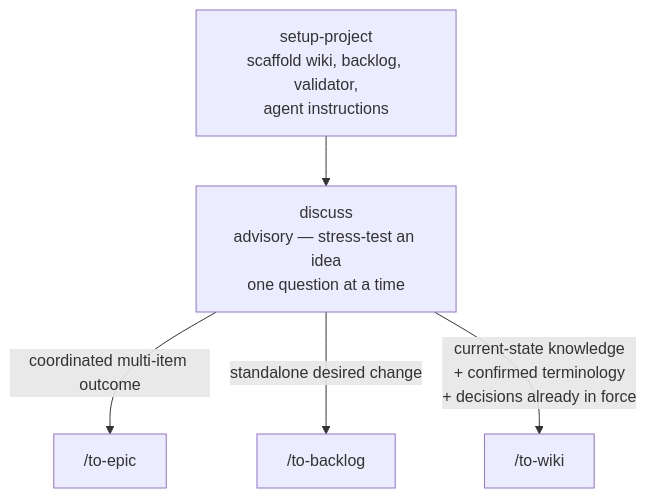
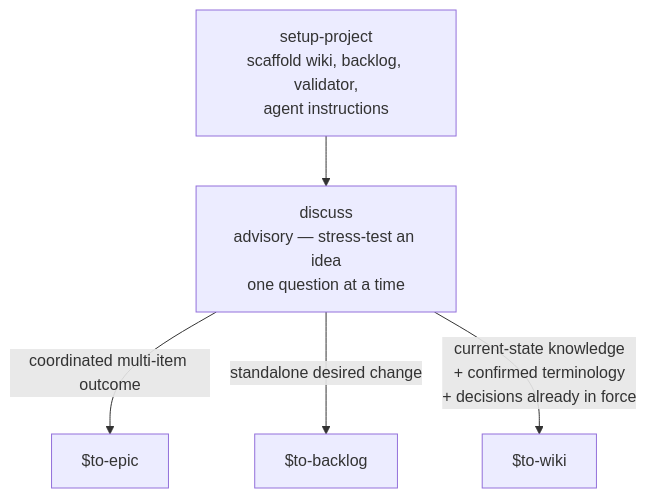
One commit to beeltec/skills changed the first of 5 diagrams in README.md. Above: the diagram before and after it, drawn with Mermaid. The commit also changed other lines of this file and 27 other files, not shown here.

````diff
--- a/README.md
+++ b/README.md
@@ -29,8 +29,8 @@
 ```mermaid
 flowchart TD
     SP["setup-project<br/>scaffold wiki, backlog, validator,<br/>agent instructions"] --> D
     D["discuss<br/>advisory — stress-test an idea<br/>one question at a time"]
-    D -->|coordinated multi-item outcome| TE["/to-epic"]
-    D -->|standalone desired change| TB["/to-backlog"]
-    D -->|current-state knowledge<br/>+ confirmed terminology<br/>+ decisions already in force| TW["/to-wiki"]
+    D -->|coordinated multi-item outcome| TE["$to-epic"]
+    D -->|standalone desired change| TB["$to-backlog"]
+    D -->|current-state knowledge<br/>+ confirmed terminology<br/>+ decisions already in force| TW["$to-wiki"]
 ```
````
